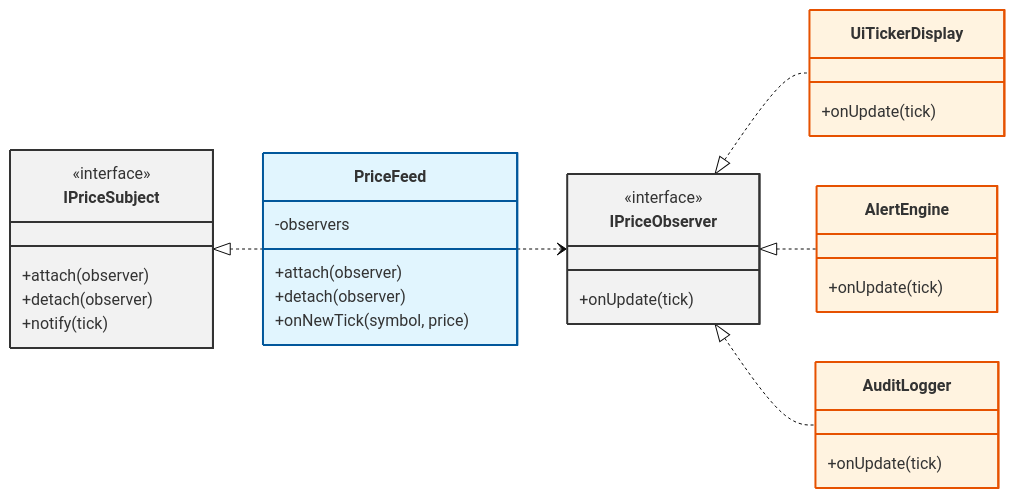
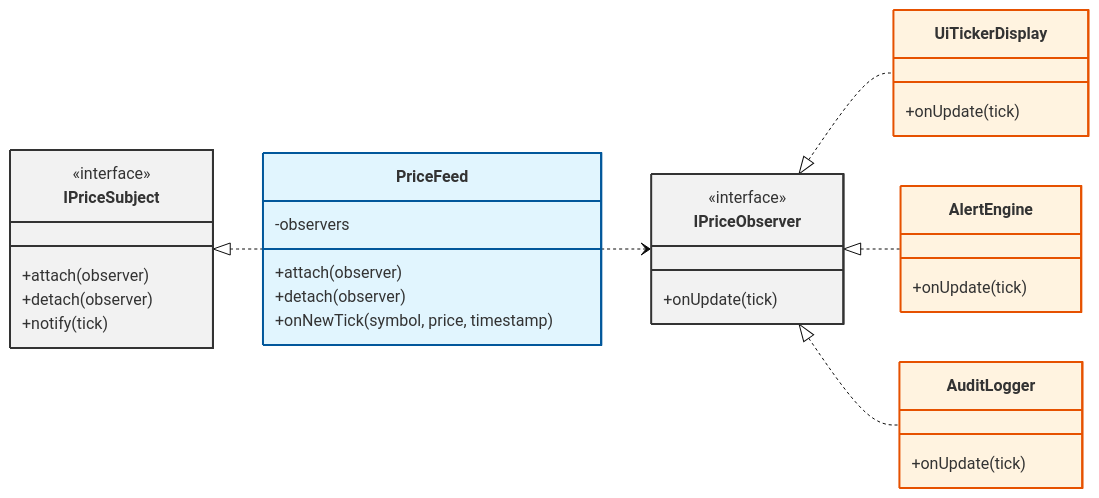
The diagram in _posts/General2026/2026-02-11-Design-Patterns-Observer.markdown (on2k23nm/on2k23nm.github.io), drawn with Mermaid (base theme) before and after one commit. The commit also changed other lines of this file, not shown here.

Commit message:
added timestamp

````diff
--- a/_posts/General2026/2026-02-11-Design-Patterns-Observer.markdown
+++ b/_posts/General2026/2026-02-11-Design-Patterns-Observer.markdown
@@ -112,48 +112,48 @@
 ```mermaid
 classDiagram
 direction LR
 
 class IPriceObserver {
     <<interface>>
     +onUpdate(tick)
 }
 
 class IPriceSubject {
     <<interface>>
     +attach(observer)
     +detach(observer)
     +notify(tick)
 }
 
 class PriceFeed {
     -observers
     +attach(observer)
     +detach(observer)
-    +onNewTick(symbol, price)
+    +onNewTick(symbol, price, timestamp)
 }
 
 class UiTickerDisplay {
     +onUpdate(tick)
 }
 
 class AlertEngine {
     +onUpdate(tick)
 }
 
 class AuditLogger {
     +onUpdate(tick)
 }
 
 IPriceSubject <|.. PriceFeed
 PriceFeed ..> IPriceObserver
 IPriceObserver <|.. UiTickerDisplay
 IPriceObserver <|.. AlertEngine
 IPriceObserver <|.. AuditLogger
 
 style IPriceObserver fill:#f2f2f2,stroke:#333,stroke-width:2px
 style IPriceSubject fill:#f2f2f2,stroke:#333,stroke-width:2px
 style PriceFeed fill:#e1f5fe,stroke:#01579b,stroke-width:2px
 style UiTickerDisplay fill:#fff3e0,stroke:#e65100,stroke-width:2px
 style AlertEngine fill:#fff3e0,stroke:#e65100,stroke-width:2px
 style AuditLogger fill:#fff3e0,stroke:#e65100,stroke-width:2px
 ```
````
